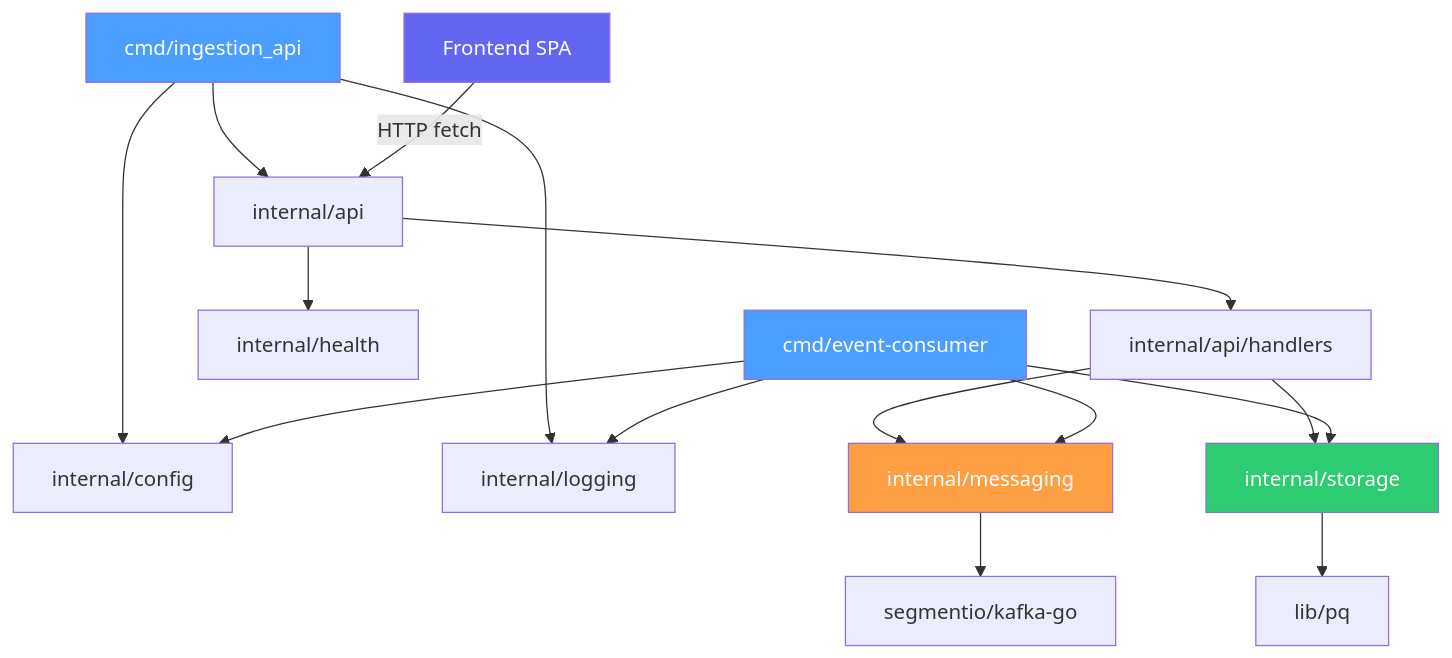
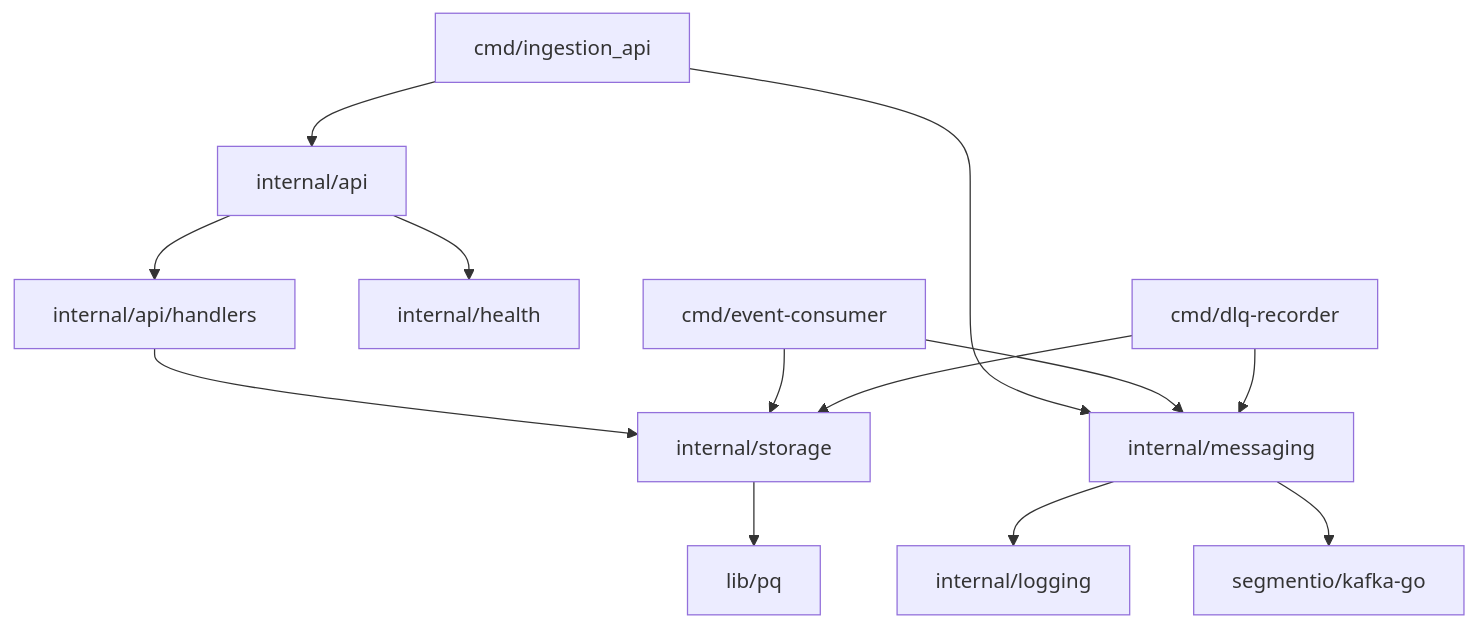
The second of 3 diagrams in ARCHITECTURE.md (Karthik0000007/Event_Analytics_Platform), drawn with Mermaid before and after one commit. The commit also changed other lines of this file and 1 other file, not shown here.

````diff
--- a/ARCHITECTURE.md
+++ b/ARCHITECTURE.md
@@ -149,27 +110,15 @@
 ```mermaid
 graph TD
-    CMD_API[cmd/ingestion_api] --> API[internal/api]
-    CMD_API --> CFG[internal/config]
-    CMD_API --> LOG[internal/logging]
-
-    API --> HANDLERS[internal/api/handlers]
-    API --> HEALTH[internal/health]
-    HANDLERS --> MSG[internal/messaging]
-    HANDLERS --> STORE[internal/storage]
-
-    CMD_CON[cmd/event-consumer] --> CFG
-    CMD_CON --> LOG
-    CMD_CON --> MSG
-    CMD_CON --> STORE
-
-    FRONTEND[Frontend SPA] -->|HTTP fetch| API
-
-    MSG --> KAFKA_GO[segmentio/kafka-go]
-    STORE --> LIB_PQ[lib/pq]
-
-    style CMD_API fill:#4a9eff,color:#fff
-    style CMD_CON fill:#4a9eff,color:#fff
-    style MSG fill:#ff9f43,color:#fff
-    style STORE fill:#2ecc71,color:#fff
-    style FRONTEND fill:#6366f1,color:#fff
+    API_CMD["cmd/ingestion_api"] --> API["internal/api"]
+    API --> HANDLERS["internal/api/handlers"]
+    API --> HEALTH["internal/health"]
+    HANDLERS --> STORE["internal/storage"]
+    API_CMD --> MSG["internal/messaging"]
+    CON_CMD["cmd/event-consumer"] --> MSG
+    CON_CMD --> STORE
+    REC_CMD["cmd/dlq-recorder"] --> MSG
+    REC_CMD --> STORE
+    MSG --> LOG["internal/logging"]
+    MSG --> KAFKA_GO["segmentio/kafka-go"]
+    STORE --> LIB_PQ["lib/pq"]
 ```
````
